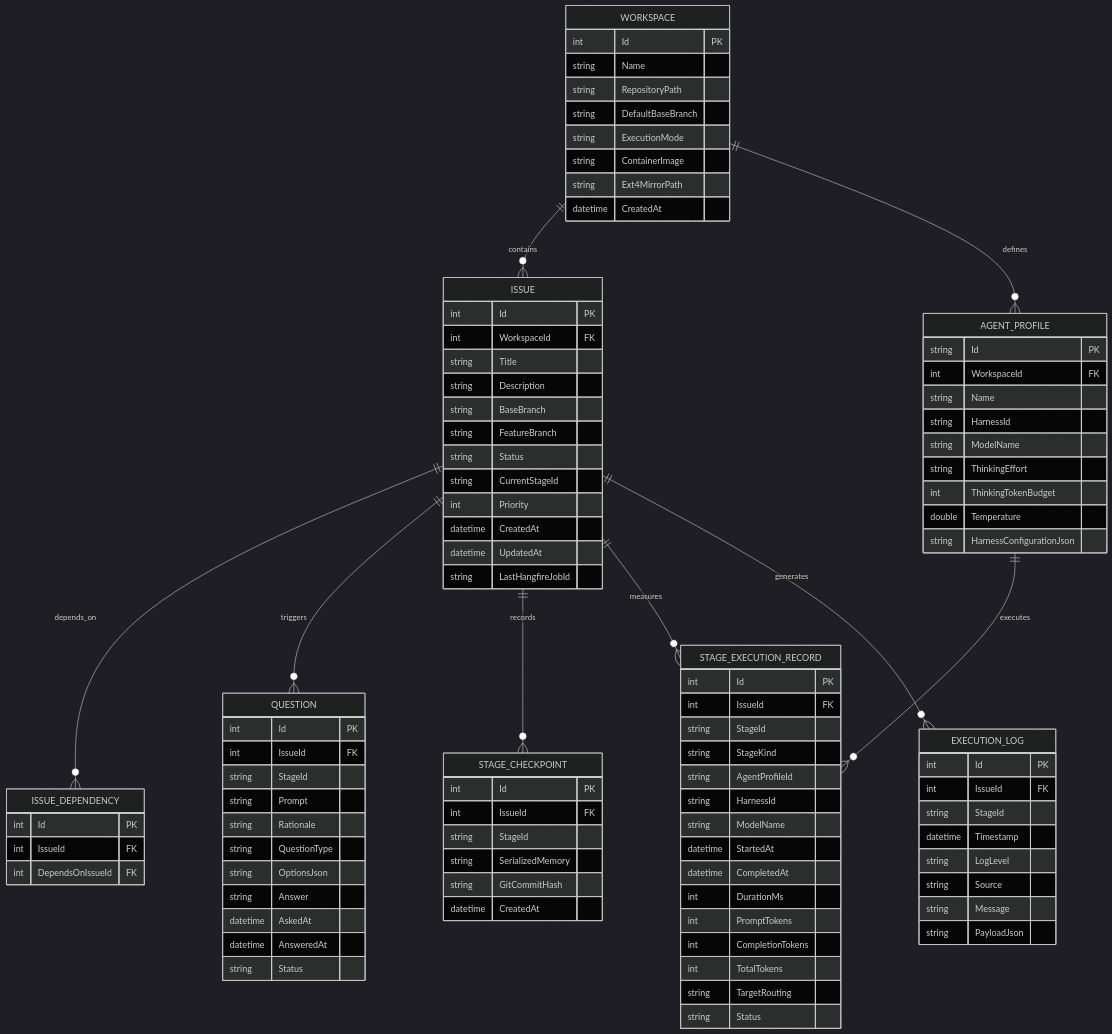
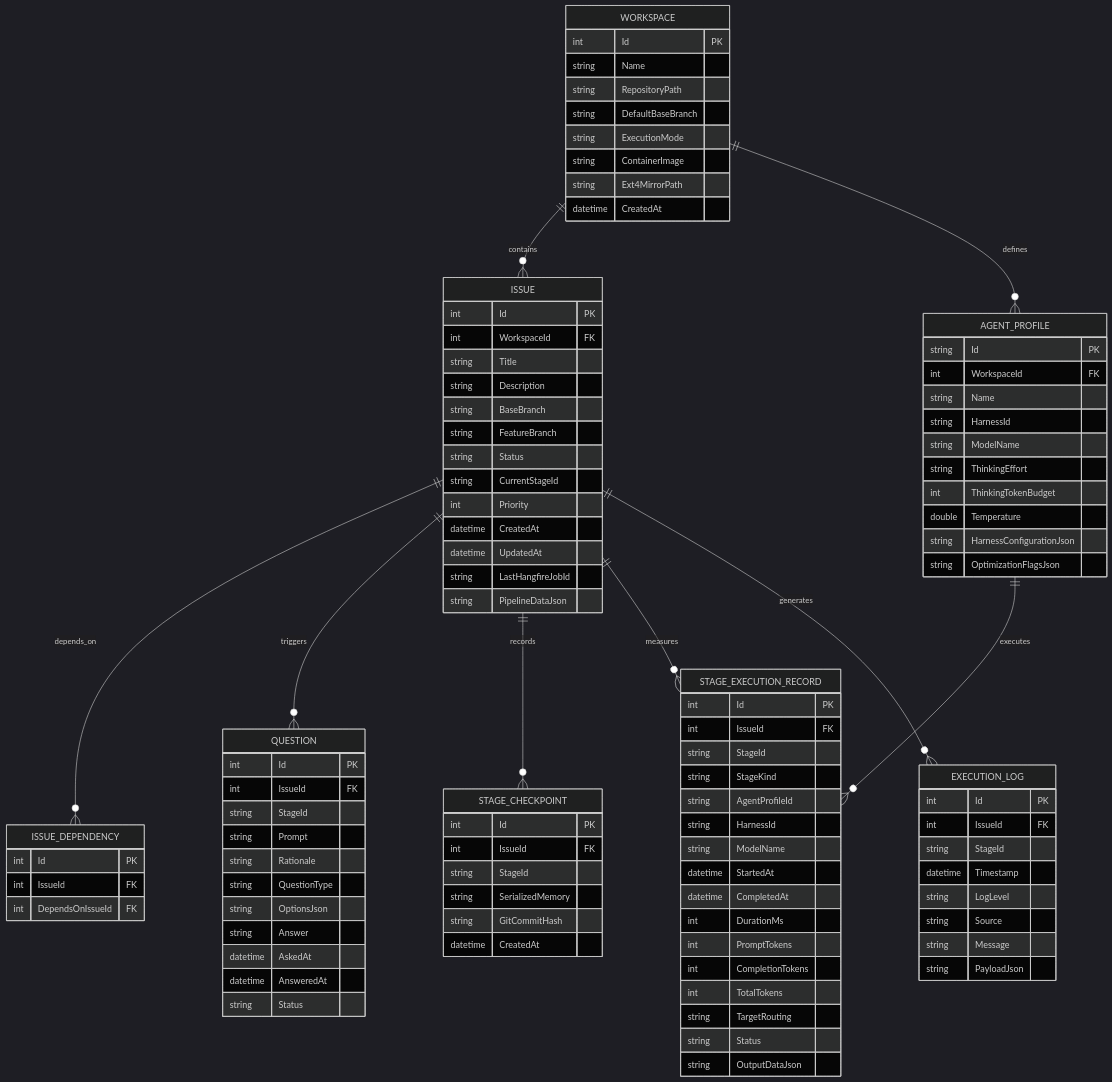
Before and after one commit to jetelain/NightCodeForge: diagram 16 of 19 in docs/ARCHITECTURE.md, drawn with Mermaid (dark theme). The commit also changed other lines of this file and 10 other files, not shown here.

```diff
--- a/docs/ARCHITECTURE.md
+++ b/docs/ARCHITECTURE.md
@@ -969,6 +1070,7 @@
         int ThinkingTokenBudget
         double Temperature
         string HarnessConfigurationJson
+        string OptimizationFlagsJson
     }
 
     ISSUE {
@@ -984,6 +1086,7 @@
         datetime CreatedAt
         datetime UpdatedAt
         string LastHangfireJobId
+        string PipelineDataJson
     }
 
     ISSUE_DEPENDENCY {
@@ -1031,6 +1134,7 @@
         int TotalTokens
         string TargetRouting
         string Status
+        string OutputDataJson
     }
 
     EXECUTION_LOG {
```
